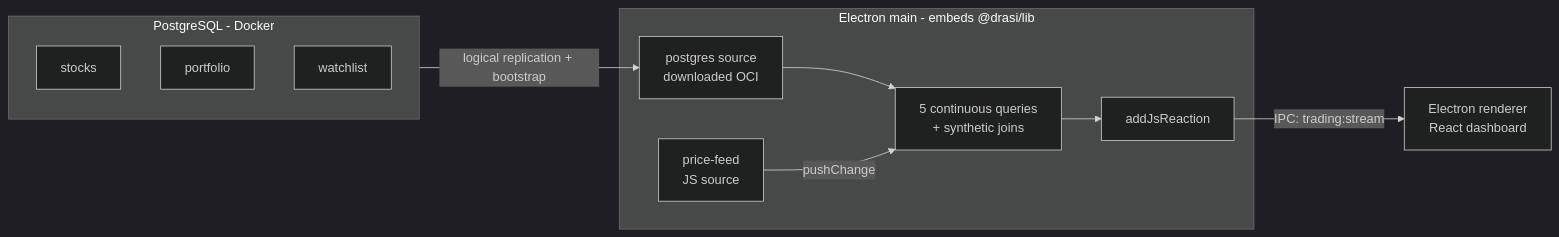
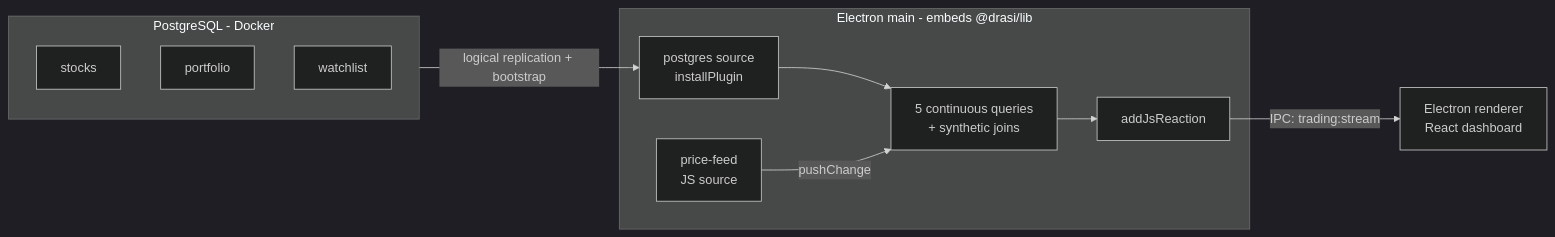
The diagram in website/content/docs/examples/trading.md (drasi-project/drasi-nodejs), drawn with Mermaid (dark theme) before and after one commit. The commit also changed other lines of this file and 16 other files, not shown here.

First line of the commit message:
refactor(examples): use installPlugin instead of manual OCI arch logic

````diff
--- a/website/content/docs/examples/trading.md
+++ b/website/content/docs/examples/trading.md
@@ -38,21 +40,21 @@
 ```mermaid
 flowchart LR
   subgraph pg[PostgreSQL - Docker]
     T1[stocks]
     T2[portfolio]
     T3[watchlist]
   end
   subgraph main[Electron main - embeds @drasi/lib]
-    PS[postgres source<br/>downloaded OCI]
+    PS[postgres source<br/>installPlugin]
     PF[price-feed<br/>JS source]
     Q[5 continuous queries<br/>+ synthetic joins]
     RX[addJsReaction]
   end
   R[Electron renderer<br/>React dashboard]
 
   pg -->|logical replication + bootstrap| PS
   PS --> Q
   PF -->|pushChange| Q
   Q --> RX
   RX -->|IPC: trading:stream| R
 ```
````
